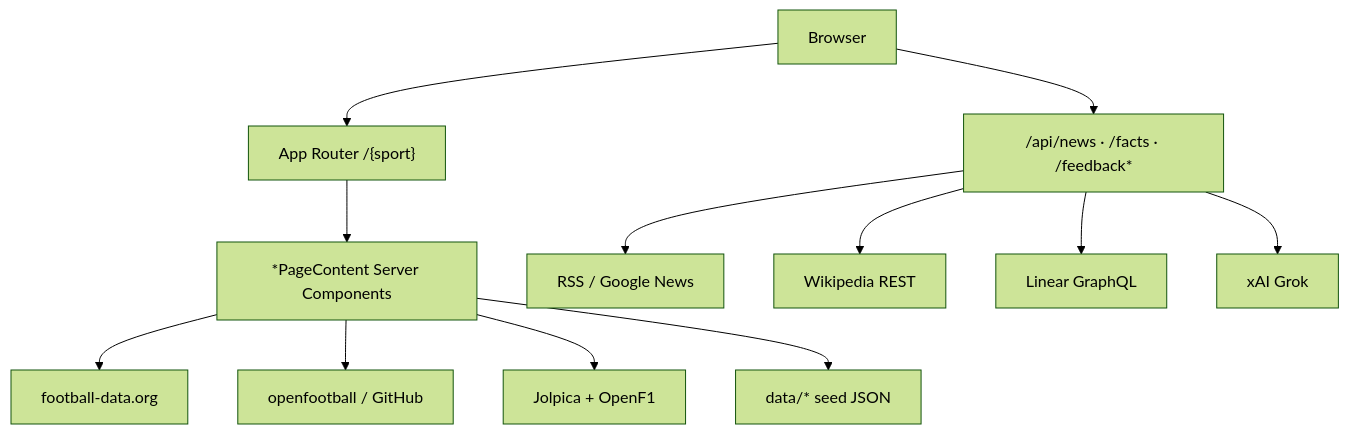
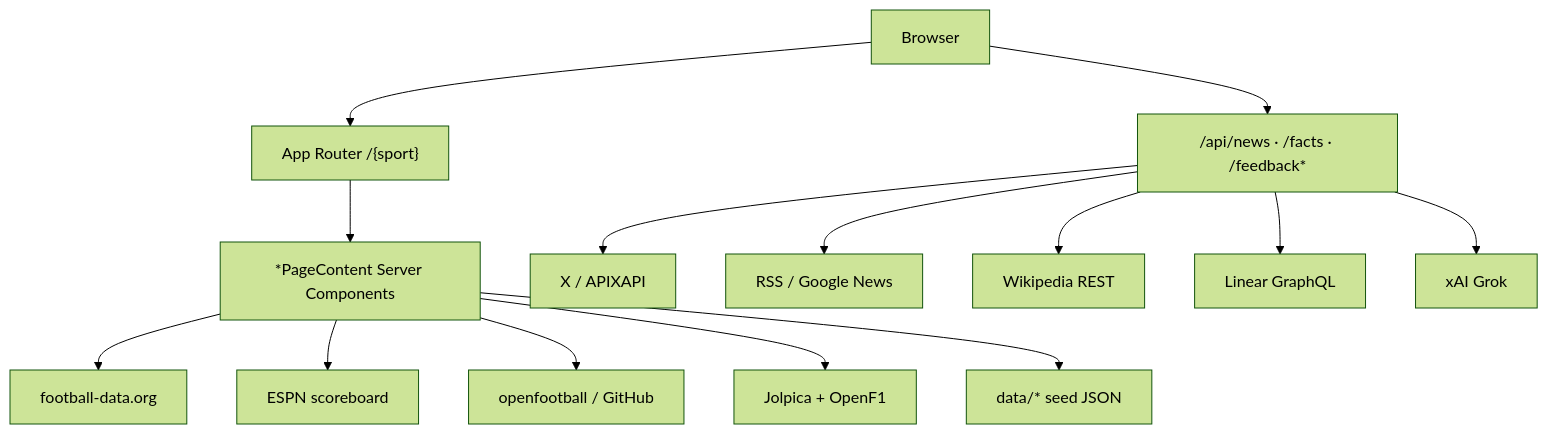
The diagram in docs/architecture.md (Motempo/sports), drawn with Mermaid (forest theme) before and after one commit. The commit also changed 15 other files, not shown here.

````diff
--- a/docs/architecture.md
+++ b/docs/architecture.md
@@ -14,14 +14,16 @@
 ```mermaid
 flowchart TB
   Browser --> Pages["App Router /{sport}"]
   Browser --> APIs["/api/news · /facts · /feedback*"]
   Pages --> SC["*PageContent Server Components"]
   SC --> FD["football-data.org"]
+  SC --> ESPN["ESPN scoreboard"]
   SC --> OF["openfootball / GitHub"]
   SC --> JOL["Jolpica + OpenF1"]
   SC --> Seed["data/* seed JSON"]
+  APIs --> X["X / APIXAPI"]
   APIs --> RSS["RSS / Google News"]
   APIs --> Wiki["Wikipedia REST"]
   APIs --> Linear["Linear GraphQL"]
   APIs --> Grok["xAI Grok"]
 ```
````
